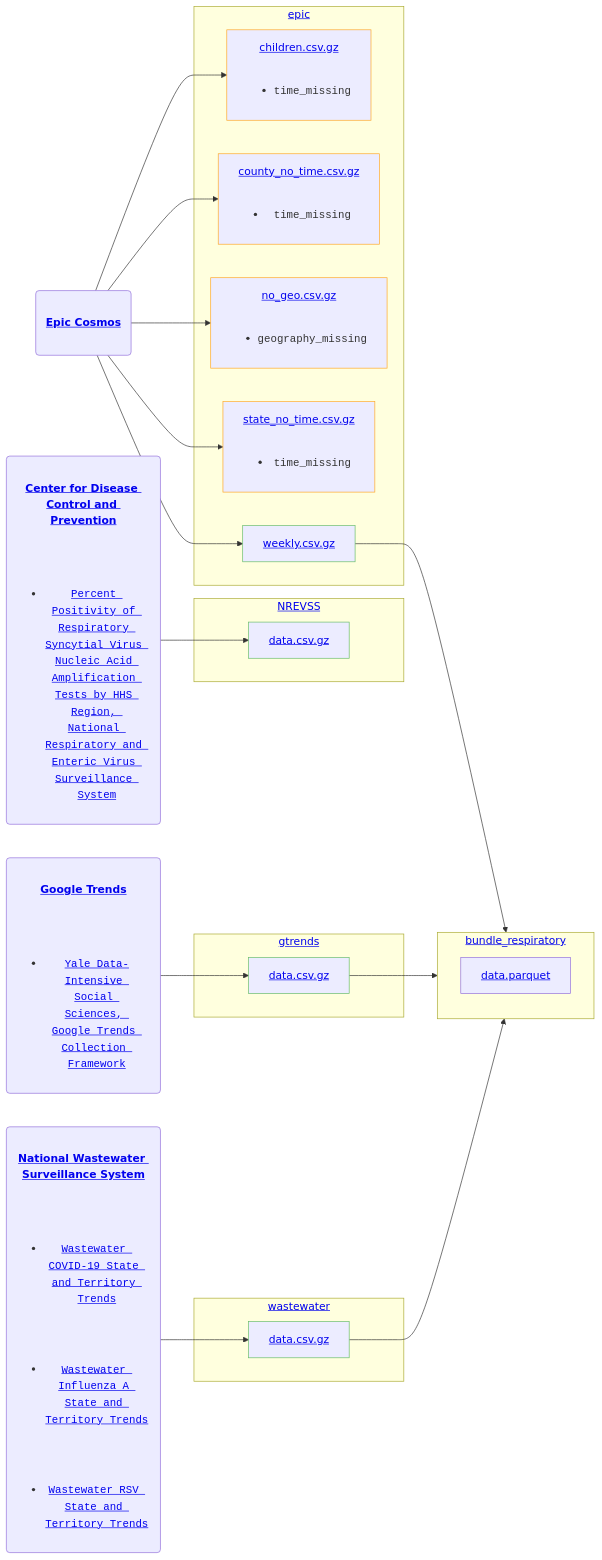
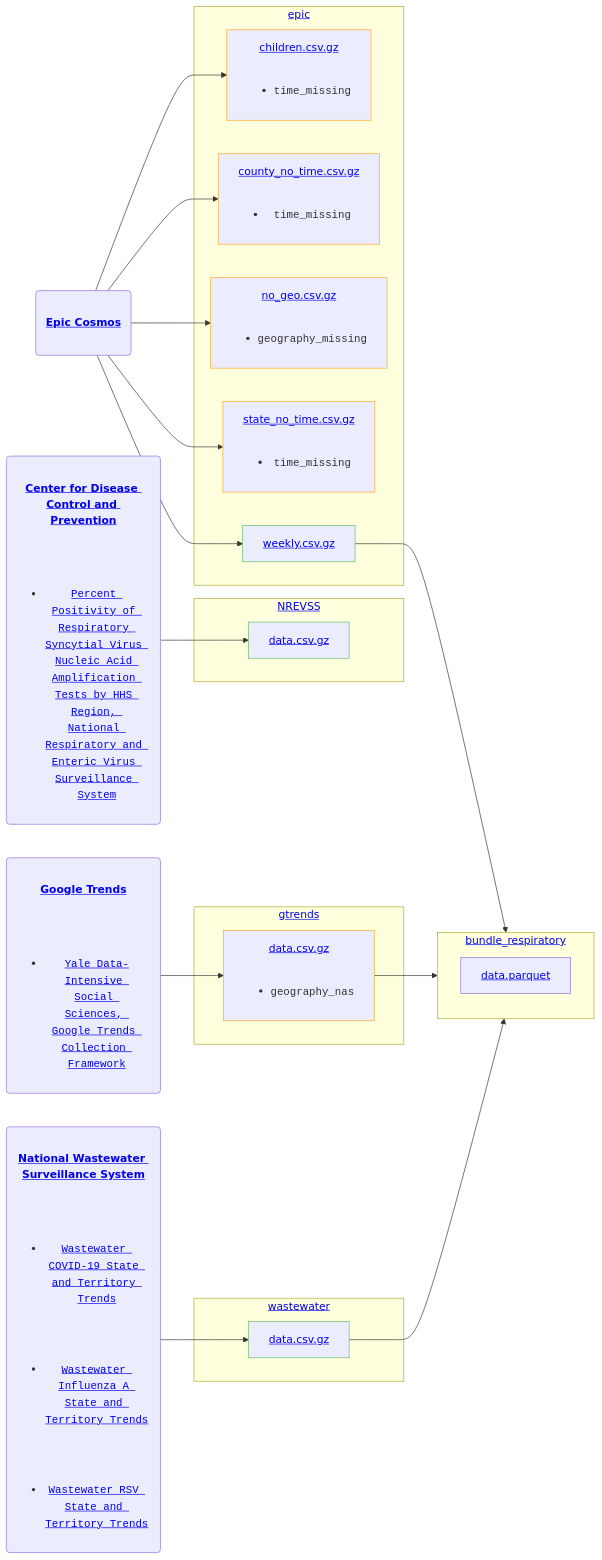
Before and after one commit to DISSC-yale/pophive_demo: the diagram in status.md, drawn with Mermaid. The commit also changed 11 other files, not shown here.

````diff
--- a/status.md
+++ b/status.md
@@ -1,40 +1,40 @@
 ```mermaid
 flowchart LR
     classDef pass stroke:#66bb6a
     classDef warn stroke:#ffa726
     classDef fail stroke:#f44336
     s0("`<h4><a href="https://cosmos.epic.com/" target="_blank" rel="noreferrer">Epic Cosmos</a></h4>`")
     s1("`<h4><a href="https://trends.google.com" target="_blank" rel="noreferrer">Google Trends</a></h4><br/><ul><br/><li><code><a href="https://github.com/DISSC-yale/gtrends_collection" target="_blank" rel="noreferrer">Yale Data-Intensive Social Sciences, Google Trends Collection Framework</a></code></li></ul>`")
     s2("`<h4><a href="https://data.cdc.gov" target="_blank" rel="noreferrer">Center for Disease Control and Prevention</a></h4><br/><ul><br/><li><code><a href="https://data.cdc.gov/resource/3cxc-4k8q" target="_blank" rel="noreferrer">Percent Positivity of Respiratory Syncytial Virus Nucleic Acid Amplification Tests by HHS Region, National Respiratory and Enteric Virus Surveillance System</a></code></li></ul>`")
     s3("`<h4><a href="https://www.cdc.gov/nwss" target="_blank" rel="noreferrer">National Wastewater Surveillance System</a></h4><br/><ul><br/><li><code><a href="https://www.cdc.gov/nwss/rv/COVID19-statetrend.html" target="_blank" rel="noreferrer">Wastewater COVID-19 State and Territory Trends</a></code></li></ul><br/><ul><br/><li><code><a href="https://www.cdc.gov/nwss/rv/InfluenzaA-statetrend.html" target="_blank" rel="noreferrer">Wastewater Influenza A State and Territory Trends</a></code></li></ul><br/><ul><br/><li><code><a href="https://www.cdc.gov/nwss/rv/RSV-statetrend.html" target="_blank" rel="noreferrer">Wastewater RSV State and Territory Trends</a></code></li></ul>`")
     subgraph epic["`<a href="https://github.com/dissc-yale/pophive_demo/tree/main/data/epic" target="_blank" rel="noreferrer">epic</a>`"]
         n1["`<a href="https://github.com/dissc-yale/pophive_demo/blob/main/data/epic/standard/children.csv.gz" target="_blank" rel="noreferrer">children.csv.gz</a><ul><br/><li><code>time_missing</code></li></ul>`"]:::warn
         n2["`<a href="https://github.com/dissc-yale/pophive_demo/blob/main/data/epic/standard/county_no_time.csv.gz" target="_blank" rel="noreferrer">county_no_time.csv.gz</a><ul><br/><li><code>time_missing</code></li></ul>`"]:::warn
         n3["`<a href="https://github.com/dissc-yale/pophive_demo/blob/main/data/epic/standard/no_geo.csv.gz" target="_blank" rel="noreferrer">no_geo.csv.gz</a><ul><br/><li><code>geography_missing</code></li></ul>`"]:::warn
         n4["`<a href="https://github.com/dissc-yale/pophive_demo/blob/main/data/epic/standard/state_no_time.csv.gz" target="_blank" rel="noreferrer">state_no_time.csv.gz</a><ul><br/><li><code>time_missing</code></li></ul>`"]:::warn
         n5["`<a href="https://github.com/dissc-yale/pophive_demo/blob/main/data/epic/standard/weekly.csv.gz" target="_blank" rel="noreferrer">weekly.csv.gz</a>`"]:::pass
     end
     subgraph gtrends["`<a href="https://github.com/dissc-yale/pophive_demo/tree/main/data/gtrends" target="_blank" rel="noreferrer">gtrends</a>`"]
-        n6["`<a href="https://github.com/dissc-yale/pophive_demo/blob/main/data/gtrends/standard/data.csv.gz" target="_blank" rel="noreferrer">data.csv.gz</a>`"]:::pass
+        n6["`<a href="https://github.com/dissc-yale/pophive_demo/blob/main/data/gtrends/standard/data.csv.gz" target="_blank" rel="noreferrer">data.csv.gz</a><ul><br/><li><code>geography_nas</code></li></ul>`"]:::warn
     end
     subgraph NREVSS["`<a href="https://github.com/dissc-yale/pophive_demo/tree/main/data/NREVSS" target="_blank" rel="noreferrer">NREVSS</a>`"]
         n7["`<a href="https://github.com/dissc-yale/pophive_demo/blob/main/data/NREVSS/standard/data.csv.gz" target="_blank" rel="noreferrer">data.csv.gz</a>`"]:::pass
     end
     subgraph wastewater["`<a href="https://github.com/dissc-yale/pophive_demo/tree/main/data/wastewater" target="_blank" rel="noreferrer">wastewater</a>`"]
         n8["`<a href="https://github.com/dissc-yale/pophive_demo/blob/main/data/wastewater/standard/data.csv.gz" target="_blank" rel="noreferrer">data.csv.gz</a>`"]:::pass
     end
     subgraph bundle_respiratory["`<a href="https://github.com/dissc-yale/pophive_demo/tree/main/data/bundle_respiratory" target="_blank" rel="noreferrer">bundle_respiratory</a>`"]
         n9["`<a href="https://github.com/dissc-yale/pophive_demo/blob/main/data/bundle_respiratory/dist/data.parquet" target="_blank" rel="noreferrer">data.parquet</a>`"]
     end
     s0 --> n1
     s0 --> n2
     s0 --> n3
     s0 --> n4
     s0 --> n5
     s1 --> n6
     s2 --> n7
     s3 --> n8
     n5 --> bundle_respiratory
     n6 --> bundle_respiratory
     n8 --> bundle_respiratory
 ```
````
